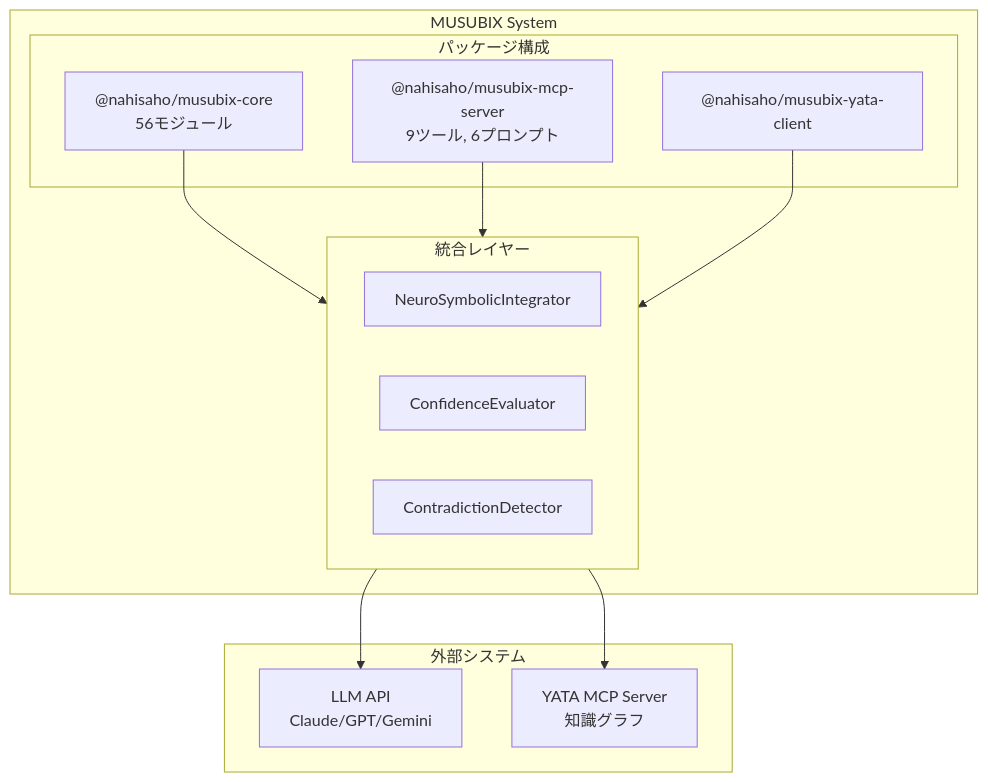
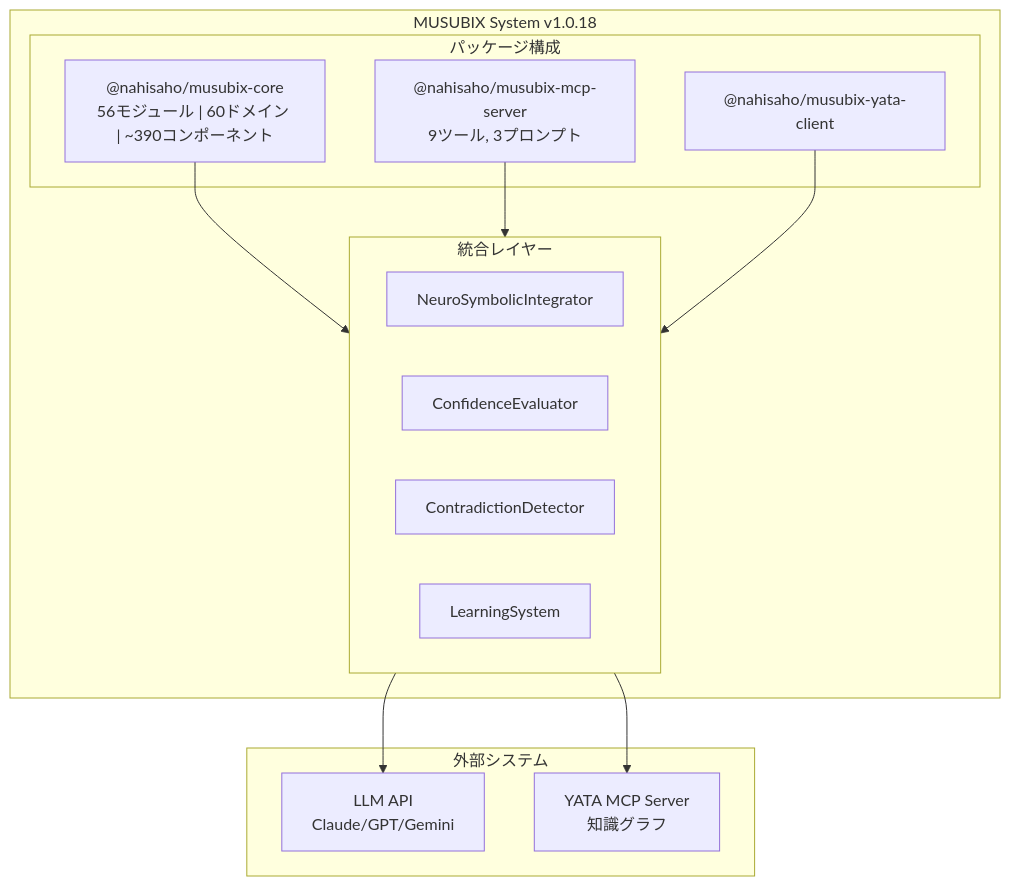
Before and after one commit to Takashi-So/MUSUBIX: the ninth of 19 diagrams in docs/evolution-from-musubi-to-musubix.md, drawn with Mermaid. The commit also changed other lines of this file, not shown here.

First line of the commit message:
Update evolution-from-musubi-to-musubix.md for v1.0.18

````diff
--- a/docs/evolution-from-musubi-to-musubix.md
+++ b/docs/evolution-from-musubi-to-musubix.md
@@ -274,28 +278,29 @@
 ```mermaid
 flowchart TB
-    subgraph MUSUBIX["MUSUBIX System"]
+    subgraph MUSUBIX["MUSUBIX System v1.0.18"]
         subgraph Packages["パッケージ構成"]
-            Core["@nahisaho/musubix-core<br/>56モジュール"]
-            MCP["@nahisaho/musubix-mcp-server<br/>9ツール, 6プロンプト"]
+            Core["@nahisaho/musubix-core<br/>56モジュール | 60ドメイン | ~390コンポーネント"]
+            MCP["@nahisaho/musubix-mcp-server<br/>9ツール, 3プロンプト"]
             YATA_Client["@nahisaho/musubix-yata-client"]
         end
         
         subgraph Integration["統合レイヤー"]
             NSI["NeuroSymbolicIntegrator"]
             CE["ConfidenceEvaluator"]
             CD["ContradictionDetector"]
+            LS["LearningSystem"]
         end
         
         Core --> Integration
         MCP --> Integration
         YATA_Client --> Integration
     end
     
     subgraph External["外部システム"]
         LLM["LLM API<br/>Claude/GPT/Gemini"]
         YATA_Server["YATA MCP Server<br/>知識グラフ"]
     end
     
     Integration --> LLM
     Integration --> YATA_Server
 ```
````
